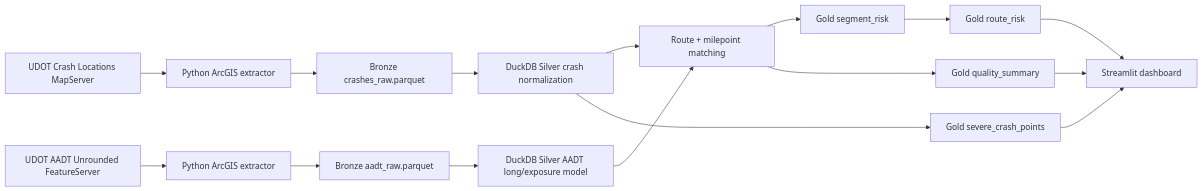
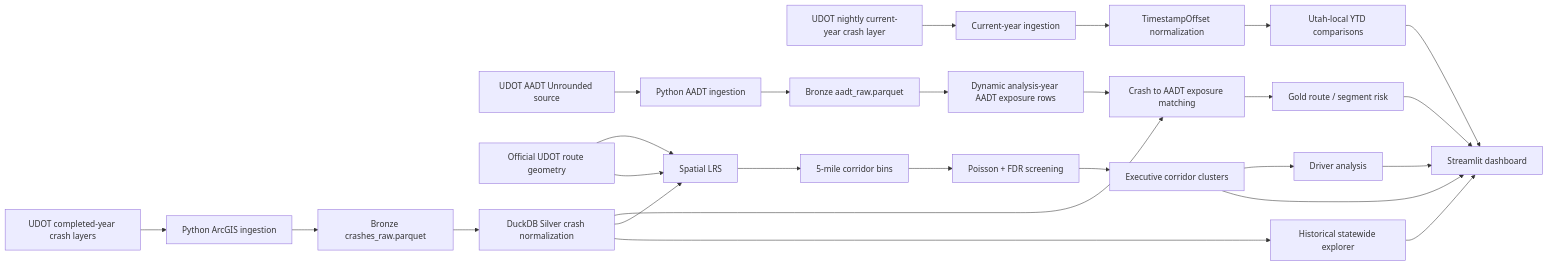
Before and after one commit to Veda-369/udot-safecorridor-intelligence: the diagram in docs/lineage.md, drawn with Mermaid. The commit also changed other lines of this file and 3 other files, not shown here.

````diff
--- a/docs/lineage.md
+++ b/docs/lineage.md
@@ -3,18 +3,32 @@
 ```mermaid
 flowchart LR
-    A[UDOT Crash Locations MapServer] --> C[Python ArcGIS extractor]
-    B[UDOT AADT Unrounded FeatureServer] --> D[Python ArcGIS extractor]
+    A[UDOT completed-year crash layers] --> C[Python ArcGIS ingestion]
+    A2[UDOT nightly current-year crash layer] --> C2[Current-year ingestion]
+    B[UDOT AADT Unrounded source] --> D[Python AADT ingestion]
+    R[Official UDOT route geometry] --> S[Spatial LRS]
+
     C --> E[Bronze crashes_raw.parquet]
     D --> F[Bronze aadt_raw.parquet]
     E --> G[DuckDB Silver crash normalization]
-    F --> H[DuckDB Silver AADT long/exposure model]
-    G --> I[Route + milepoint matching]
+    F --> H[Dynamic analysis-year AADT exposure rows]
+    G --> I[Crash to AADT exposure matching]
     H --> I
-    I --> J[Gold segment_risk]
-    J --> K[Gold route_risk]
-    G --> L[Gold severe_crash_points]
-    I --> M[Gold quality_summary]
-    K --> N[Streamlit dashboard]
-    L --> N
-    M --> N
+    G --> S
+    R --> S
+
+    I --> J[Gold route / segment risk]
+    S --> K[5-mile corridor bins]
+    K --> L[Poisson + FDR screening]
+    L --> M[Executive corridor clusters]
+    M --> N[Driver analysis]
+    G --> O[Historical statewide explorer]
+
+    C2 --> P[TimestampOffset normalization]
+    P --> Q[Utah-local YTD comparisons]
+
+    J --> Z[Streamlit dashboard]
+    M --> Z
+    N --> Z
+    O --> Z
+    Q --> Z
 ```
````
